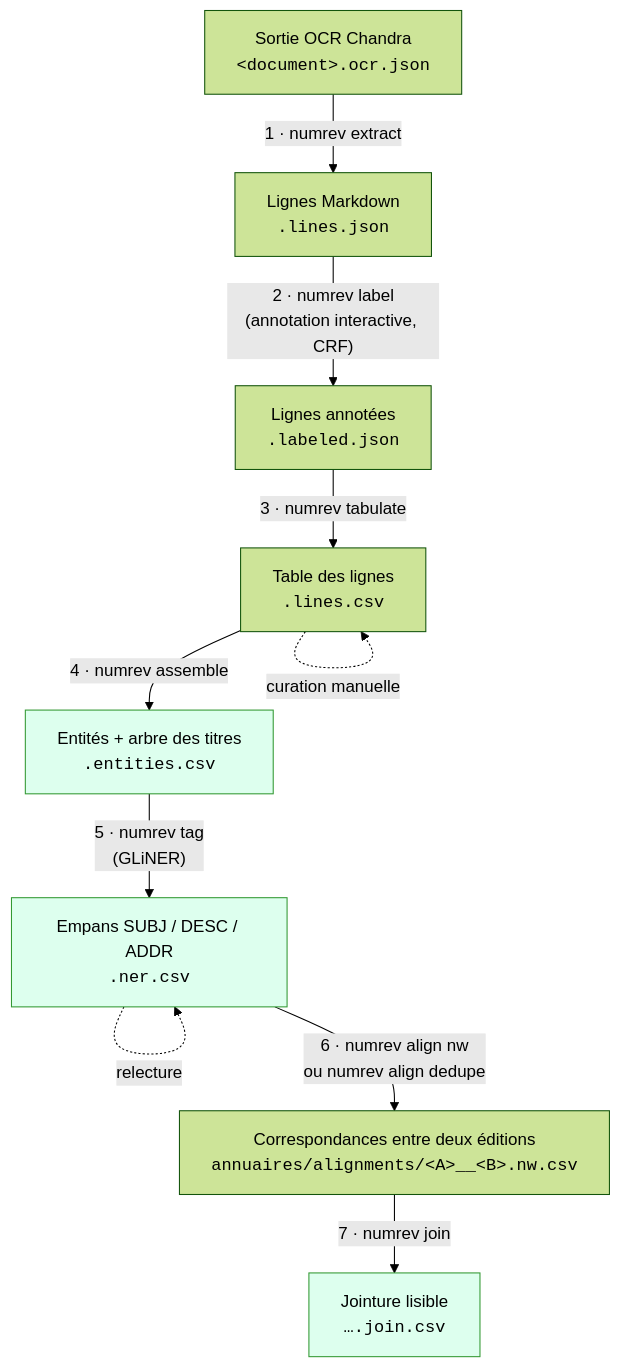
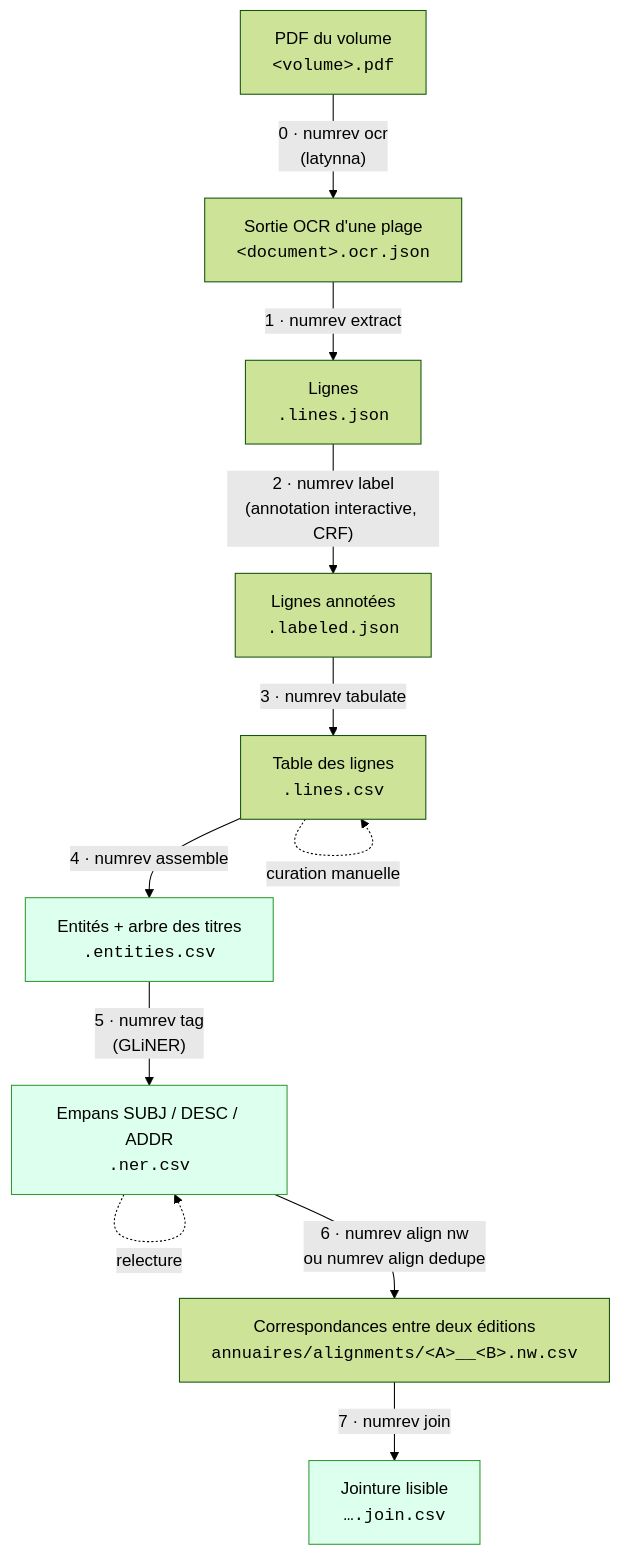
Before and after one commit to HueyNemud/adresses_revolutionnaires: the diagram in README.md, drawn with Mermaid (forest theme). The commit also changed other lines of this file and 12 other files, not shown here.

First line of the commit message:
Integrate the latynna OCR: numrev ocr step, one span per line, OCR confidence

````diff
--- a/README.md
+++ b/README.md
@@ -40,17 +41,18 @@
 ```mermaid
 flowchart TD
-    A["Sortie OCR Chandra<br/><code>&lt;document&gt;.ocr.json</code>"]
-    A -->|"1 · numrev extract"| B["Lignes Markdown<br/><code>.lines.json</code>"]
+    P["PDF du volume<br/><code>&lt;volume&gt;.pdf</code>"]
+    P -->|"0 · numrev ocr<br/>(latynna)"| A["Sortie OCR d'une plage<br/><code>&lt;document&gt;.ocr.json</code>"]
+    A -->|"1 · numrev extract"| B["Lignes<br/><code>.lines.json</code>"]
     B -->|"2 · numrev label<br/>(annotation interactive, CRF)"| C["Lignes annotées<br/><code>.labeled.json</code>"]
     C -->|"3 · numrev tabulate"| D["Table des lignes<br/><code>.lines.csv</code>"]
     D -.->|"curation manuelle"| D
     D -->|"4 · numrev assemble"| E["Entités + arbre des titres<br/><code>.entities.csv</code>"]
     E -->|"5 · numrev tag<br/>(GLiNER)"| F["Empans SUBJ / DESC / ADDR<br/><code>.ner.csv</code>"]
     F -.->|"relecture"| F
     F -->|"6 · numrev align nw<br/>ou numrev align dedupe"| G["Correspondances entre deux éditions<br/><code>annuaires/alignments/&lt;A&gt;__&lt;B&gt;.nw.csv</code>"]
     G -->|"7 · numrev join"| H["Jointure lisible<br/><code>….join.csv</code>"]
 
     style E fill:#dfe,stroke:#393
     style F fill:#dfe,stroke:#393
     style H fill:#dfe,stroke:#393
 ```
````
